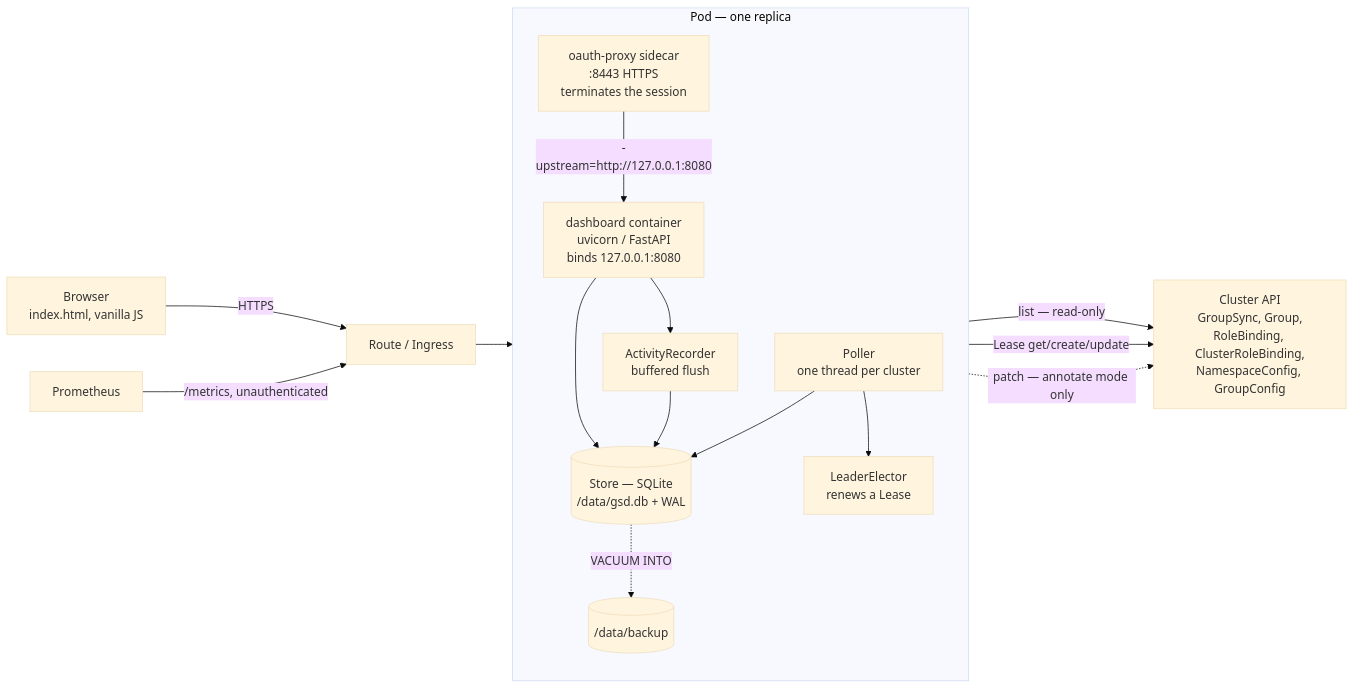
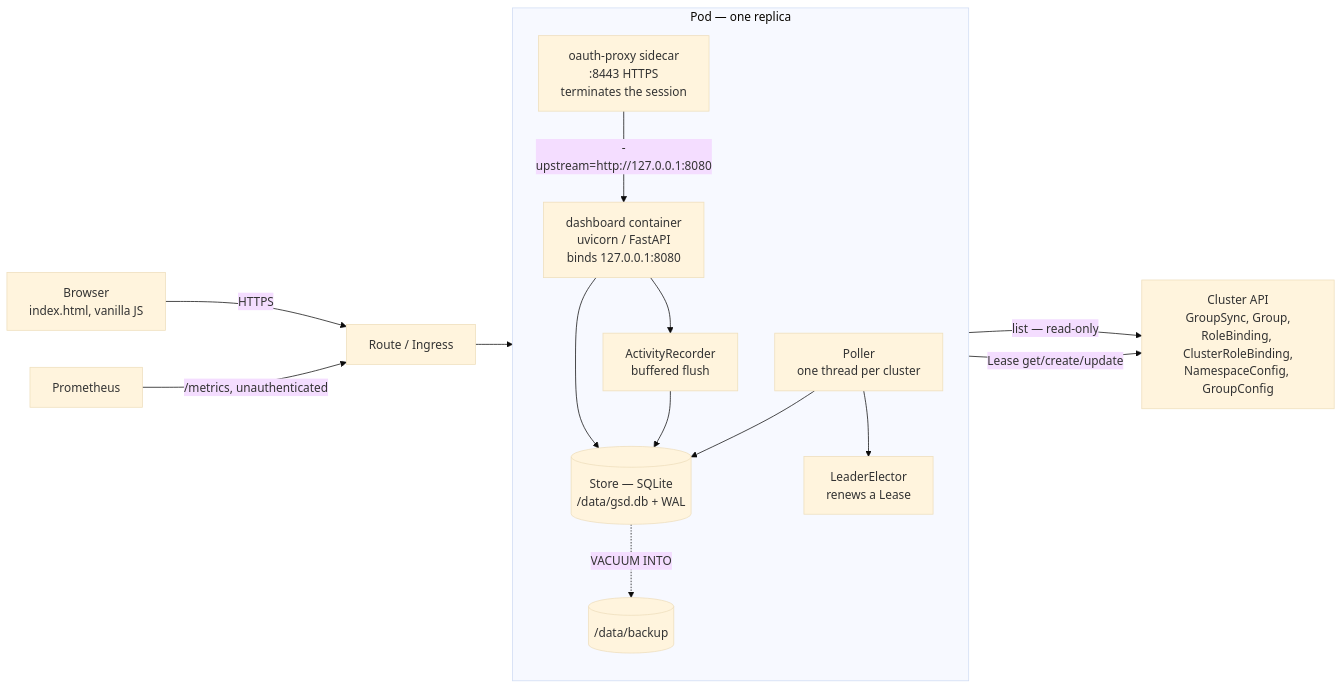
Before and after one commit to ephico2real2/group-sync-dashboard: the first of 8 diagrams in docs/reference-architecture.md, drawn with Mermaid (base theme). The commit also changed other lines of this file and 11 other files, not shown here.

````diff
--- a/docs/reference-architecture.md
+++ b/docs/reference-architecture.md
@@ -43,30 +46,29 @@
 ```mermaid
 flowchart LR
   browser["Browser<br/>index.html, vanilla JS"] -->|HTTPS| route["Route / Ingress"]
   prom["Prometheus"] -->|"/metrics, unauthenticated"| route
 
   subgraph pod["Pod — one replica"]
     direction TB
     proxy["oauth-proxy sidecar<br/>:8443 HTTPS<br/>terminates the session"]
     app["dashboard container<br/>uvicorn / FastAPI<br/>binds 127.0.0.1:8080"]
     poll["Poller<br/>one thread per cluster"]
     lease["LeaderElector<br/>renews a Lease"]
     act["ActivityRecorder<br/>buffered flush"]
     store[("Store — SQLite<br/>/data/gsd.db + WAL")]
     backup[("/data/backup")]
 
     proxy -->|"-upstream=http://127.0.0.1:8080"| app
     app --> store
     app --> act
     act --> store
     poll --> store
     poll --> lease
     store -.->|"VACUUM INTO"| backup
   end
 
   route --> proxy
   k8s["Cluster API<br/>GroupSync, Group,<br/>RoleBinding, ClusterRoleBinding,<br/>NamespaceConfig, GroupConfig"]
   poll -->|"list — read-only"| k8s
   lease -->|"Lease get/create/update"| k8s
-  poll -.->|"patch — annotate mode only"| k8s
 ```
````
